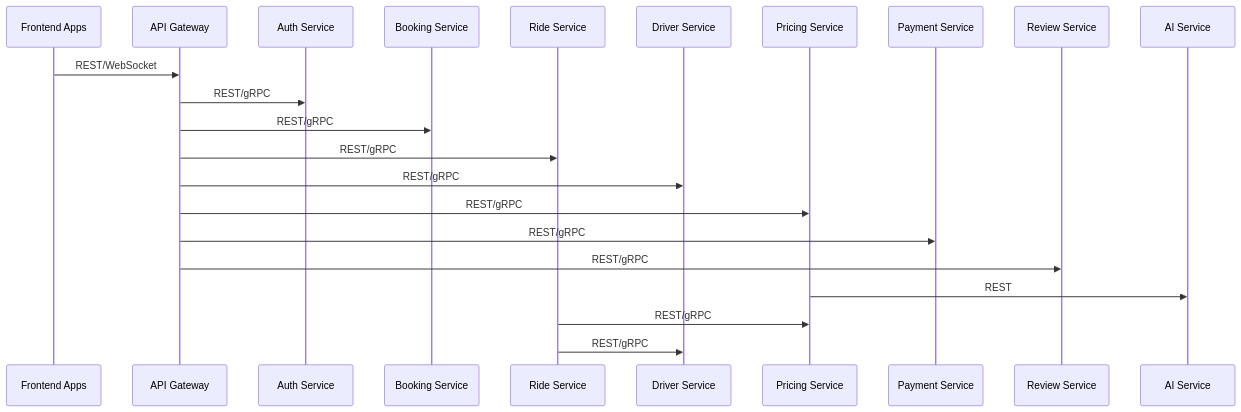
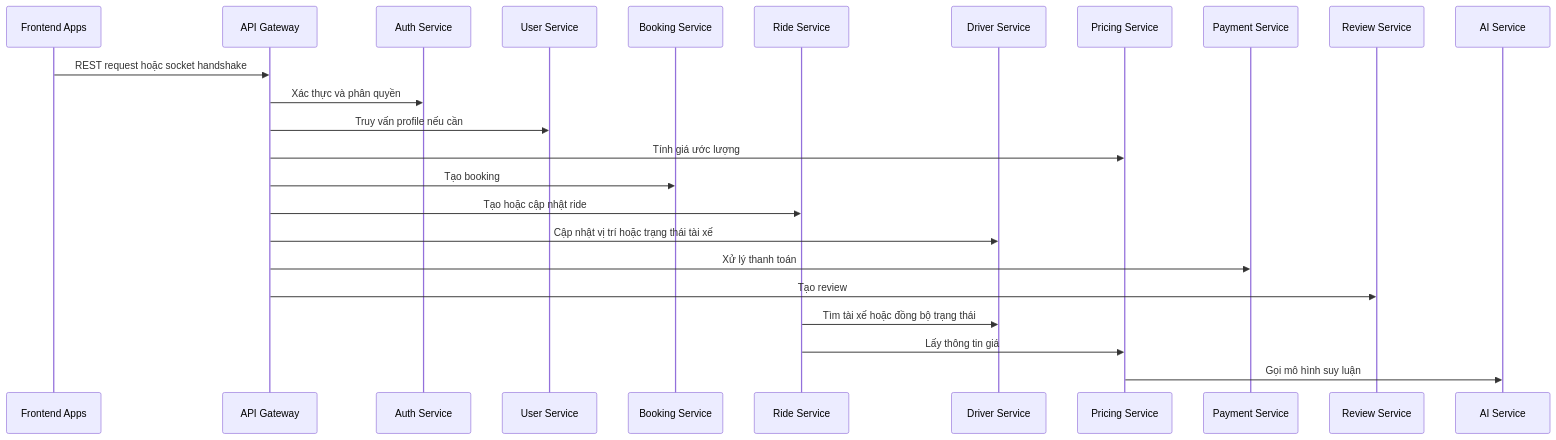
One commit to foxxiee04/Cab-Booking-System-Project changed diagram 12 of 20 in .doc/phantichthietkehethong.md. Above: the diagram before and after it, drawn with Mermaid. The commit also changed other lines of this file, not shown here.

````diff
--- a/.doc/phantichthietkehethong.md
+++ b/.doc/phantichthietkehethong.md
@@ -541,25 +1113,27 @@
 ```mermaid
 sequenceDiagram
     participant Client as Frontend Apps
     participant Gateway as API Gateway
     participant Auth as Auth Service
+    participant User as User Service
     participant Booking as Booking Service
     participant Ride as Ride Service
     participant Driver as Driver Service
     participant Pricing as Pricing Service
     participant Payment as Payment Service
     participant Review as Review Service
     participant AI as AI Service
 
-    Client->>Gateway: REST/WebSocket
-    Gateway->>Auth: REST/gRPC
-    Gateway->>Booking: REST/gRPC
-    Gateway->>Ride: REST/gRPC
-    Gateway->>Driver: REST/gRPC
-    Gateway->>Pricing: REST/gRPC
-    Gateway->>Payment: REST/gRPC
-    Gateway->>Review: REST/gRPC
-    Pricing->>AI: REST
-    Ride->>Pricing: REST/gRPC
-    Ride->>Driver: REST/gRPC
+    Client->>Gateway: REST request hoặc socket handshake
+    Gateway->>Auth: Xác thực và phân quyền
+    Gateway->>User: Truy vấn profile nếu cần
+    Gateway->>Pricing: Tính giá ước lượng
+    Gateway->>Booking: Tạo booking
+    Gateway->>Ride: Tạo hoặc cập nhật ride
+    Gateway->>Driver: Cập nhật vị trí hoặc trạng thái tài xế
+    Gateway->>Payment: Xử lý thanh toán
+    Gateway->>Review: Tạo review
+    Ride->>Driver: Tìm tài xế hoặc đồng bộ trạng thái
+    Ride->>Pricing: Lấy thông tin giá
+    Pricing->>AI: Gọi mô hình suy luận
 ```
````
